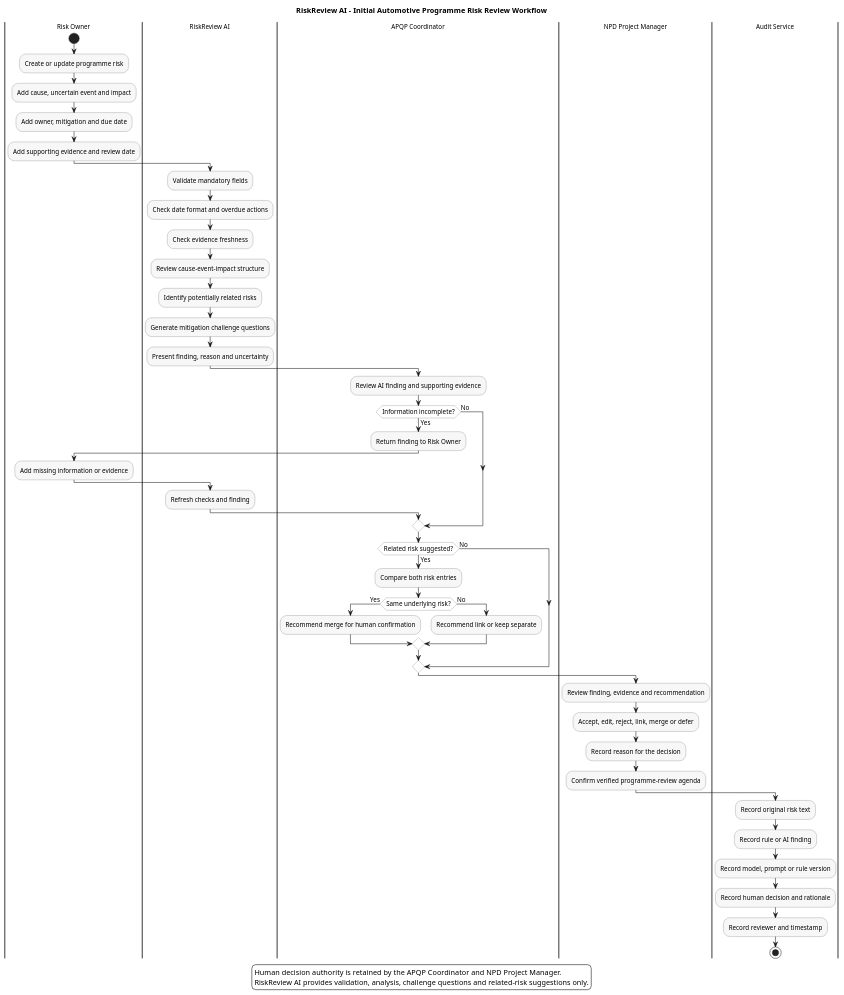
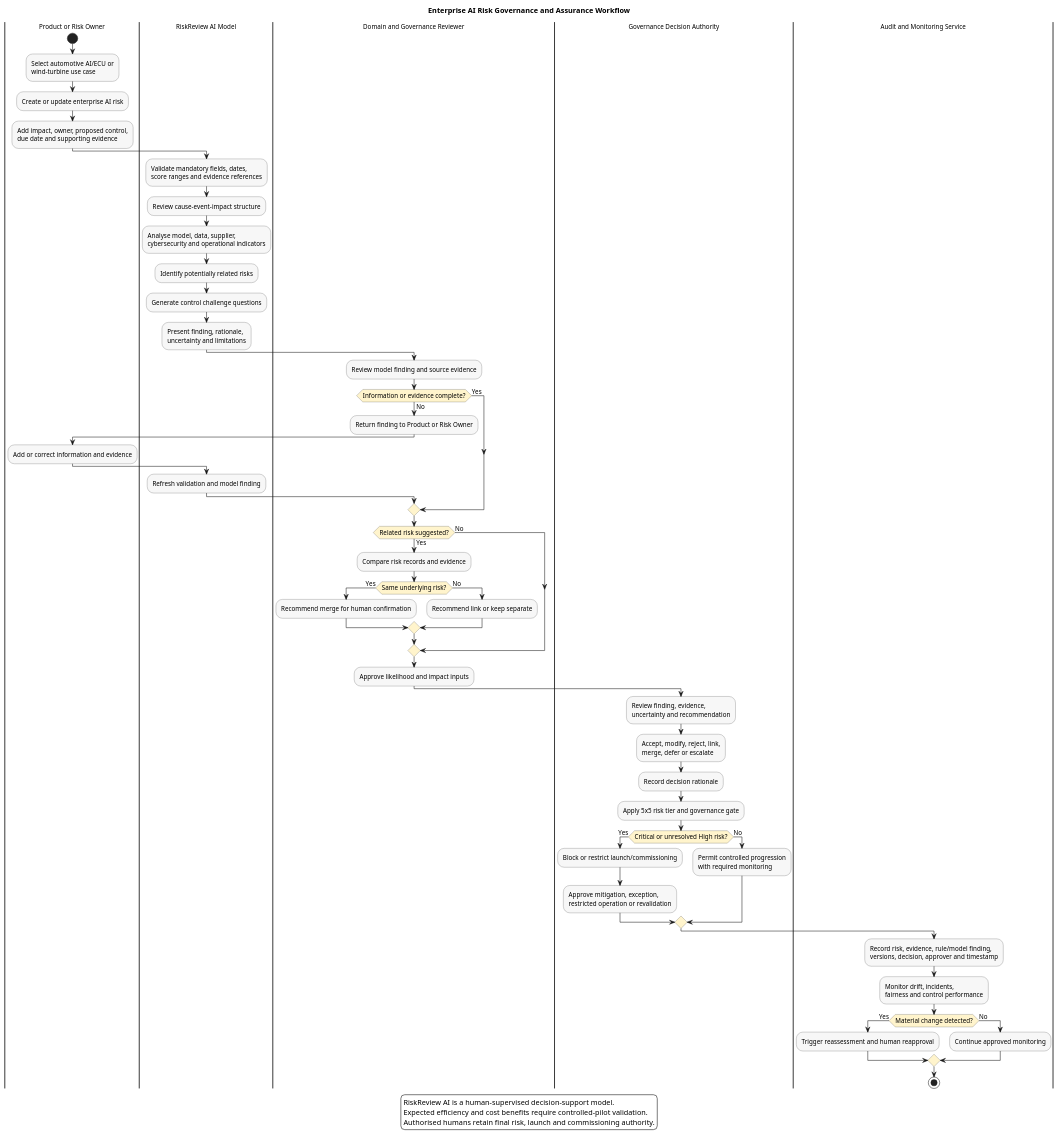
Before and after one commit to MAIP2026July/Team004: the diagram in 04_UX_Workflow_Trust/01_Initial_Workflow_PlantUML.md, drawn with PlantUML.

````diff
--- a/04_UX_Workflow_Trust/01_Initial_Workflow_PlantUML.md
+++ b/04_UX_Workflow_Trust/01_Initial_Workflow_PlantUML.md
@@ -5,57 +5,53 @@
 ```plantuml
 @startuml
-' RiskReview AI - Initial Automotive Programme Risk Review Workflow
 skinparam backgroundColor white
 skinparam shadowing false
 skinparam defaultFontName Arial
 skinparam defaultFontSize 12
 skinparam activity {
   BackgroundColor #F7F7F7
-  BorderColor #666666
-  DiamondBackgroundColor #FFFFFF
-  DiamondBorderColor #666666
+  BorderColor #555555
+  DiamondBackgroundColor #FFF4CC
+  DiamondBorderColor #555555
   StartColor #222222
   EndColor #222222
-  BarColor #666666
-}
-skinparam partition {
-  BackgroundColor white
-  BorderColor #333333
-  FontColor #111111
 }
 
-title RiskReview AI - Initial Automotive Programme Risk Review Workflow
+title Enterprise AI Risk Governance and Assurance Workflow
 
-|Risk Owner|
+|Product or Risk Owner|
 start
-:Create or update programme risk;
-:Add cause, uncertain event and impact;
-:Add owner, mitigation and due date;
-:Add supporting evidence and review date;
+:Select automotive AI/ECU or
+wind-turbine use case;
+:Create or update enterprise AI risk;
+:Add impact, owner, proposed control,
+due date and supporting evidence;
 
-|RiskReview AI|
-:Validate mandatory fields;
-:Check date format and overdue actions;
-:Check evidence freshness;
+|RiskReview AI Model|
+:Validate mandatory fields, dates,
+score ranges and evidence references;
 :Review cause-event-impact structure;
+:Analyse model, data, supplier,
+cybersecurity and operational indicators;
 :Identify potentially related risks;
-:Generate mitigation challenge questions;
-:Present finding, reason and uncertainty;
+:Generate control challenge questions;
+:Present finding, rationale,
+uncertainty and limitations;
 
-|APQP Coordinator|
-:Review AI finding and supporting evidence;
-if (Information incomplete?) then (Yes)
-  :Return finding to Risk Owner;
-  |Risk Owner|
-  :Add missing information or evidence;
-  |RiskReview AI|
-  :Refresh checks and finding;
-  |APQP Coordinator|
-else (No)
+|Domain and Governance Reviewer|
+:Review model finding and source evidence;
+if (Information or evidence complete?) then (No)
+  :Return finding to Product or Risk Owner;
+  |Product or Risk Owner|
+  :Add or correct information and evidence;
+  |RiskReview AI Model|
+  :Refresh validation and model finding;
+  |Domain and Governance Reviewer|
+else (Yes)
 endif
 
 if (Related risk suggested?) then (Yes)
-  :Compare both risk entries;
+  :Compare risk records and evidence;
   if (Same underlying risk?) then (Yes)
     :Recommend merge for human confirmation;
   else (No)
@@ -64,23 +60,41 @@
 else (No)
 endif
 
-|NPD Project Manager|
-:Review finding, evidence and recommendation;
-:Accept, edit, reject, link, merge or defer;
-:Record reason for the decision;
-:Confirm verified programme-review agenda;
+:Approve likelihood and impact inputs;
 
-|Audit Service|
-:Record original risk text;
-:Record rule or AI finding;
-:Record model, prompt or rule version;
-:Record human decision and rationale;
-:Record reviewer and timestamp;
+|Governance Decision Authority|
+:Review finding, evidence,
+uncertainty and recommendation;
+:Accept, modify, reject, link,
+merge, defer or escalate;
+:Record decision rationale;
+:Apply 5x5 risk tier and governance gate;
+if (Critical or unresolved High risk?) then (Yes)
+  :Block or restrict launch/commissioning;
+  :Approve mitigation, exception,
+restricted operation or revalidation;
+else (No)
+  :Permit controlled progression
+with required monitoring;
+endif
+
+|Audit and Monitoring Service|
+:Record risk, evidence, rule/model finding,
+versions, decision, approver and timestamp;
+:Monitor drift, incidents,
+fairness and control performance;
+if (Material change detected?) then (Yes)
+  :Trigger reassessment and human reapproval;
+else (No)
+  :Continue approved monitoring;
+endif
 stop
 
 legend bottom
-  Human decision authority is retained by the APQP Coordinator and NPD Project Manager.
-  RiskReview AI provides validation, analysis, challenge questions and related-risk suggestions only.
+  RiskReview AI is a human-supervised decision-support model.
+  Expected efficiency and cost benefits require controlled-pilot validation.
+  Authorised humans retain final risk, launch and commissioning authority.
 endlegend
 @enduml
+
 ```
````
